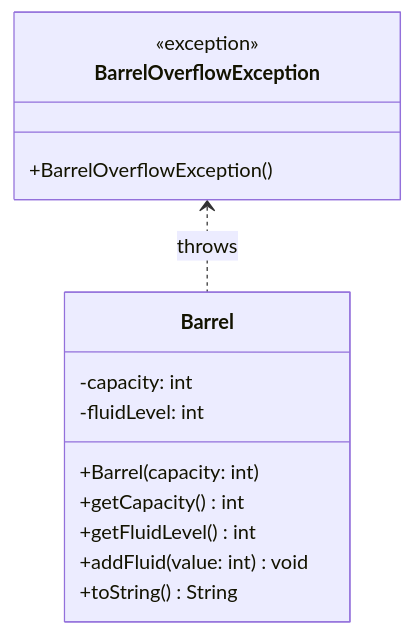
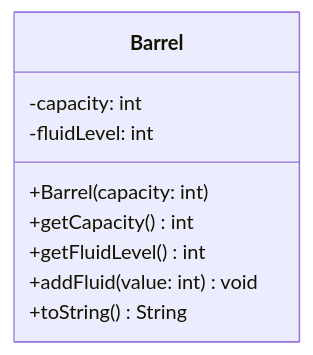
One commit to jappuccini/java-docs changed the diagram in docs/exercises/exceptions/exceptions02.mdx. Above: the diagram before and after it, drawn with Mermaid. The commit also changed other lines of this file and 64 other files, not shown here.

````diff
--- a/docs/exercises/exceptions/exceptions02.mdx
+++ b/docs/exercises/exceptions/exceptions02.mdx
@@ -15,20 +15,13 @@
 ```mermaid
 classDiagram
-
-    BarrelOverflowException <.. Barrel : throws
 
     class Barrel {
         -capacity: int
         -fluidLevel: int
         +Barrel(capacity: int)
         +getCapacity() int
         +getFluidLevel() int
         +addFluid(value: int) void
         +toString() String
     }
-
-    class BarrelOverflowException {
-        <<exception>>
-        +BarrelOverflowException()
-    }
 ```
````
